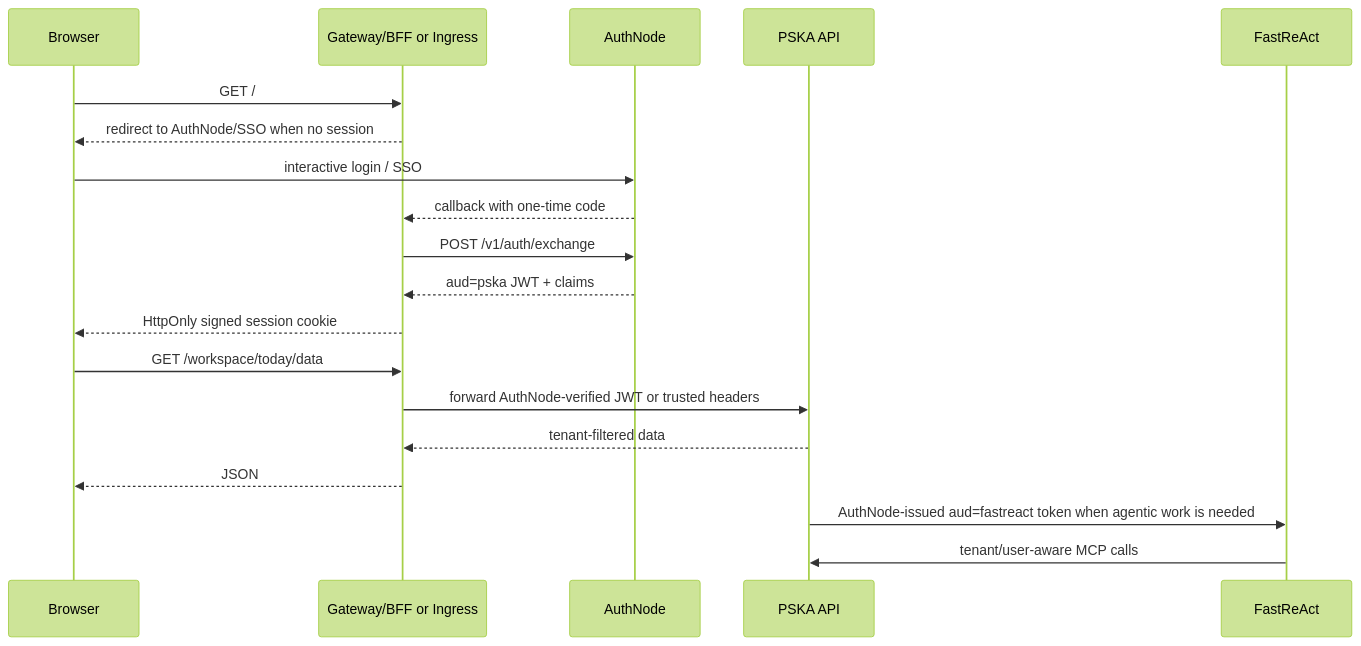
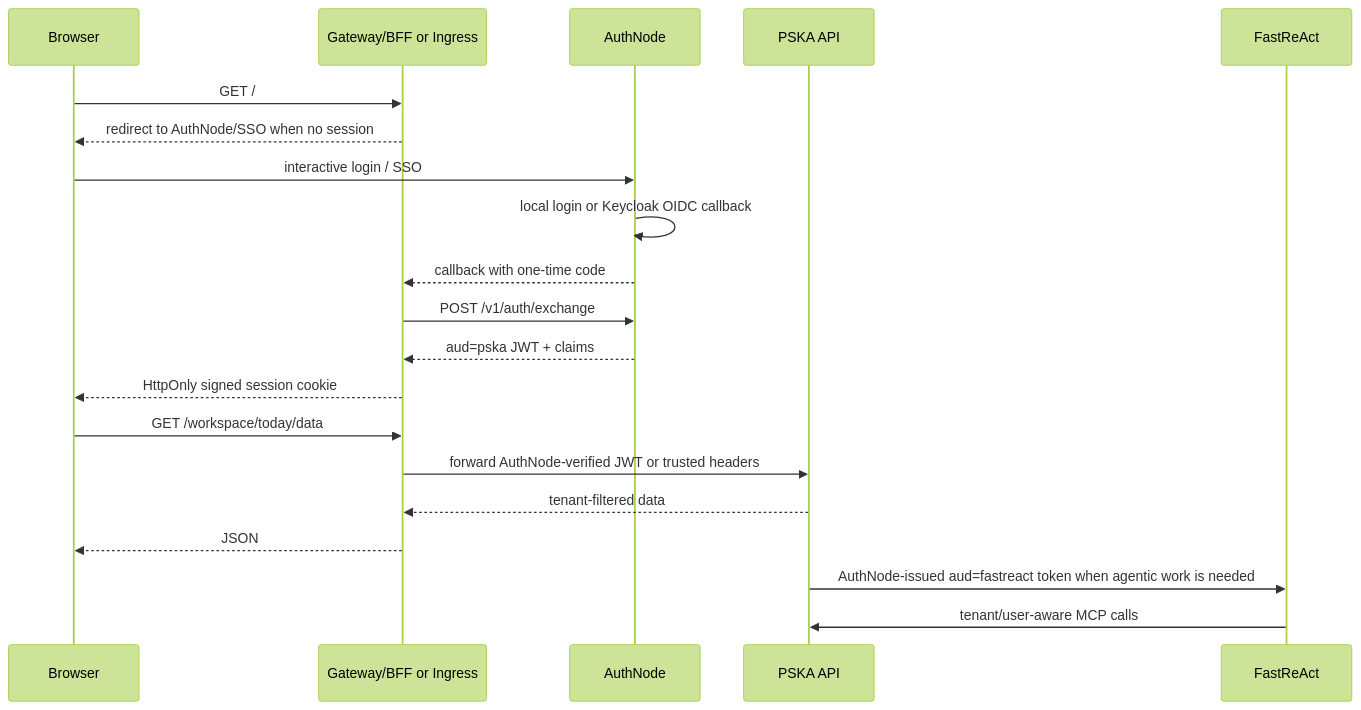
The diagram in docs/ENTERPRISE_AUTH_GATEWAY.zh.md (atom32/PSKA), drawn with Mermaid (forest theme) before and after one commit. The commit also changed other lines of this file and 5 other files, not shown here.

Commit message:
Integrate AuthNode Keycloak logout flow

````diff
--- a/docs/ENTERPRISE_AUTH_GATEWAY.zh.md
+++ b/docs/ENTERPRISE_AUTH_GATEWAY.zh.md
@@ -11,22 +11,23 @@
 ```mermaid
 sequenceDiagram
   participant Browser as Browser
   participant Gateway as Gateway/BFF or Ingress
   participant AuthNode as AuthNode
   participant PSKA as PSKA API
   participant FastReAct as FastReAct
 
   Browser->>Gateway: GET /
   Gateway-->>Browser: redirect to AuthNode/SSO when no session
   Browser->>AuthNode: interactive login / SSO
+  AuthNode->>AuthNode: local login or Keycloak OIDC callback
   AuthNode-->>Gateway: callback with one-time code
   Gateway->>AuthNode: POST /v1/auth/exchange
   AuthNode-->>Gateway: aud=pska JWT + claims
   Gateway-->>Browser: HttpOnly signed session cookie
   Browser->>Gateway: GET /workspace/today/data
   Gateway->>PSKA: forward AuthNode-verified JWT or trusted headers
   PSKA-->>Gateway: tenant-filtered data
   Gateway-->>Browser: JSON
   PSKA->>FastReAct: AuthNode-issued aud=fastreact token when agentic work is needed
   FastReAct->>PSKA: tenant/user-aware MCP calls
 ```
````
